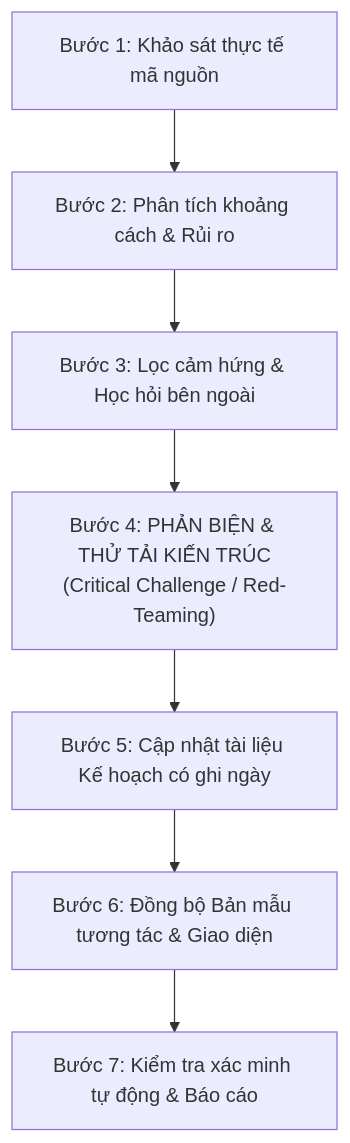
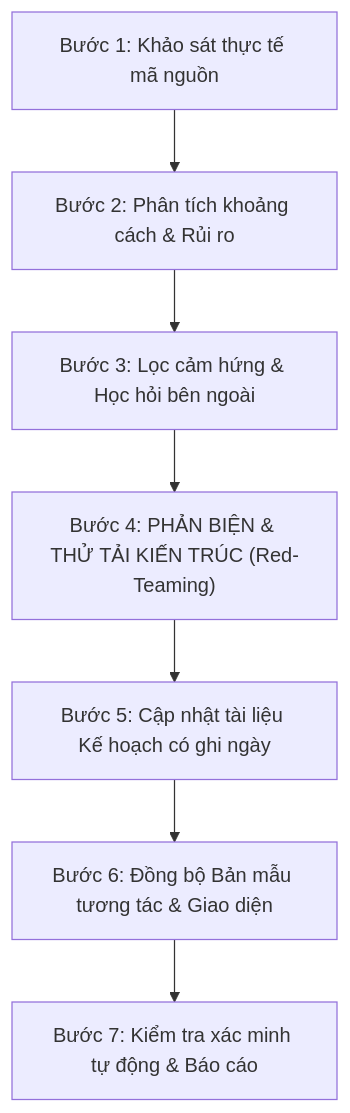
Before and after one commit to ImGib/Lingora: the diagram in .agents/skills/lingora-plan-flow/SKILL.md, drawn with Mermaid. The commit also changed other lines of this file and 212 other files, not shown here.

First line of the commit message:
feat(architecture): adopt TDC 00-09/99 phased lifecycle and Base AI Architecture Kit

````diff
--- a/.agents/skills/lingora-plan-flow/SKILL.md
+++ b/.agents/skills/lingora-plan-flow/SKILL.md
@@ -38,9 +23,9 @@
 ```mermaid
 flowchart TD
     S1["Bước 1: Khảo sát thực tế mã nguồn"] --> S2["Bước 2: Phân tích khoảng cách & Rủi ro"]
     S2 --> S3["Bước 3: Lọc cảm hứng & Học hỏi bên ngoài"]
-    S3 --> S4["Bước 4: PHẢN BIỆN & THỬ TẢI KIẾN TRÚC<br/>(Critical Challenge / Red-Teaming)"]
+    S3 --> S4["Bước 4: PHẢN BIỆN & THỬ TẢI KIẾN TRÚC (Red-Teaming)"]
     S4 --> S5["Bước 5: Cập nhật tài liệu Kế hoạch có ghi ngày"]
     S5 --> S6["Bước 6: Đồng bộ Bản mẫu tương tác & Giao diện"]
     S6 --> S7["Bước 7: Kiểm tra xác minh tự động & Báo cáo"]
 ```
````
